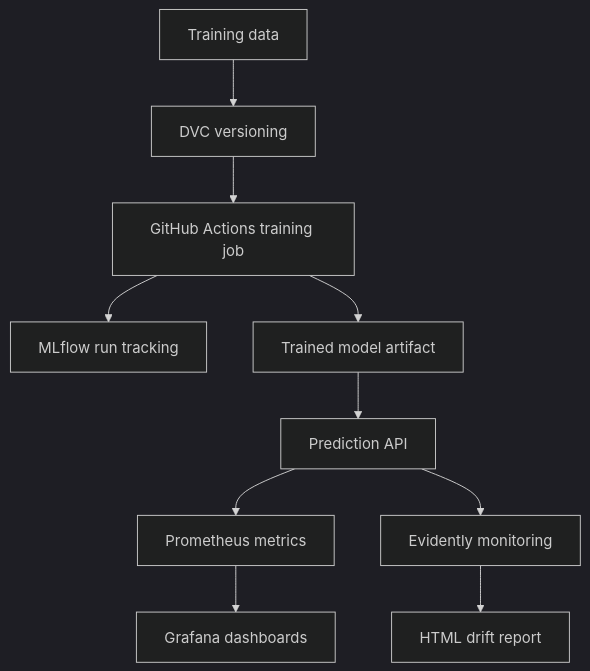
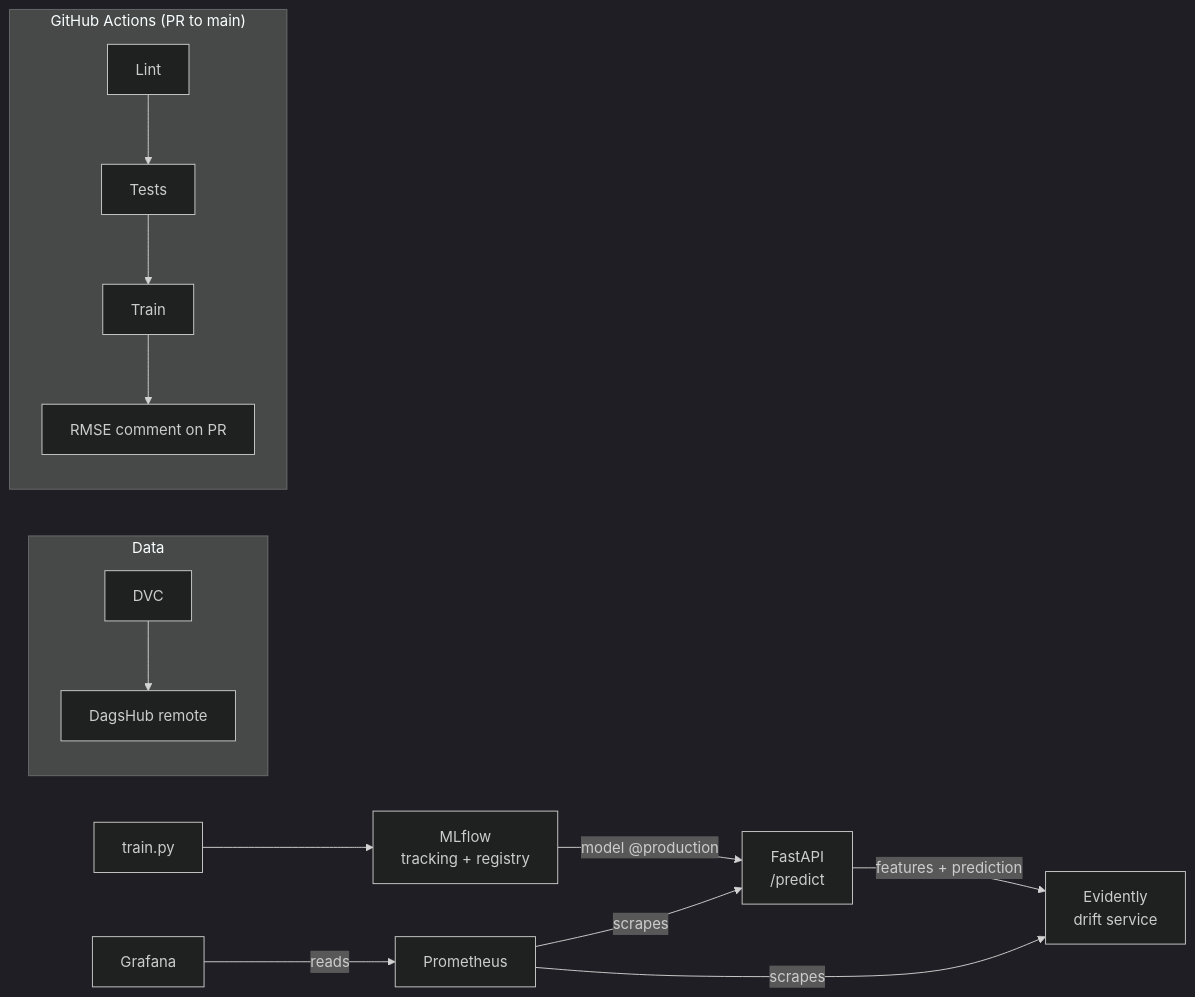
One commit to HassanHijaze/nyc-taxi-mlops changed the diagram in README.md. Above: the diagram before and after it, drawn with Mermaid (dark theme). The commit also changed other lines of this file and 1 other file, not shown here.

````diff
--- a/README.md
+++ b/README.md
@@ -41,12 +10,17 @@
 ```mermaid
-flowchart TD
-    A["Training data"] --> B["DVC versioning"]
-    B --> C["GitHub Actions training job"]
-    C --> D["MLflow run tracking"]
-    C --> E["Trained model artifact"]
-    E --> F["Prediction API"]
-    F --> G["Prometheus metrics"]
-    F --> H["Evidently monitoring"]
-    G --> I["Grafana dashboards"]
-    H --> J["HTML drift report"]
+flowchart LR
+    subgraph Data
+        DVC["DVC"] --> DagsHub["DagsHub remote"]
+    end
+
+    subgraph CI["GitHub Actions (PR to main)"]
+        Lint["Lint"] --> Tests["Tests"] --> TrainCI["Train"] --> Comment["RMSE comment on PR"]
+    end
+
+    Train["train.py"] --> MLflow["MLflow<br/>tracking + registry"]
+    MLflow -- "model @production" --> API["FastAPI<br/>/predict"]
+    API -- "features + prediction" --> Evidently["Evidently<br/>drift service"]
+    Prometheus["Prometheus"] -- scrapes --> API
+    Prometheus -- scrapes --> Evidently
+    Grafana["Grafana"] -- reads --> Prometheus
 ```
````
